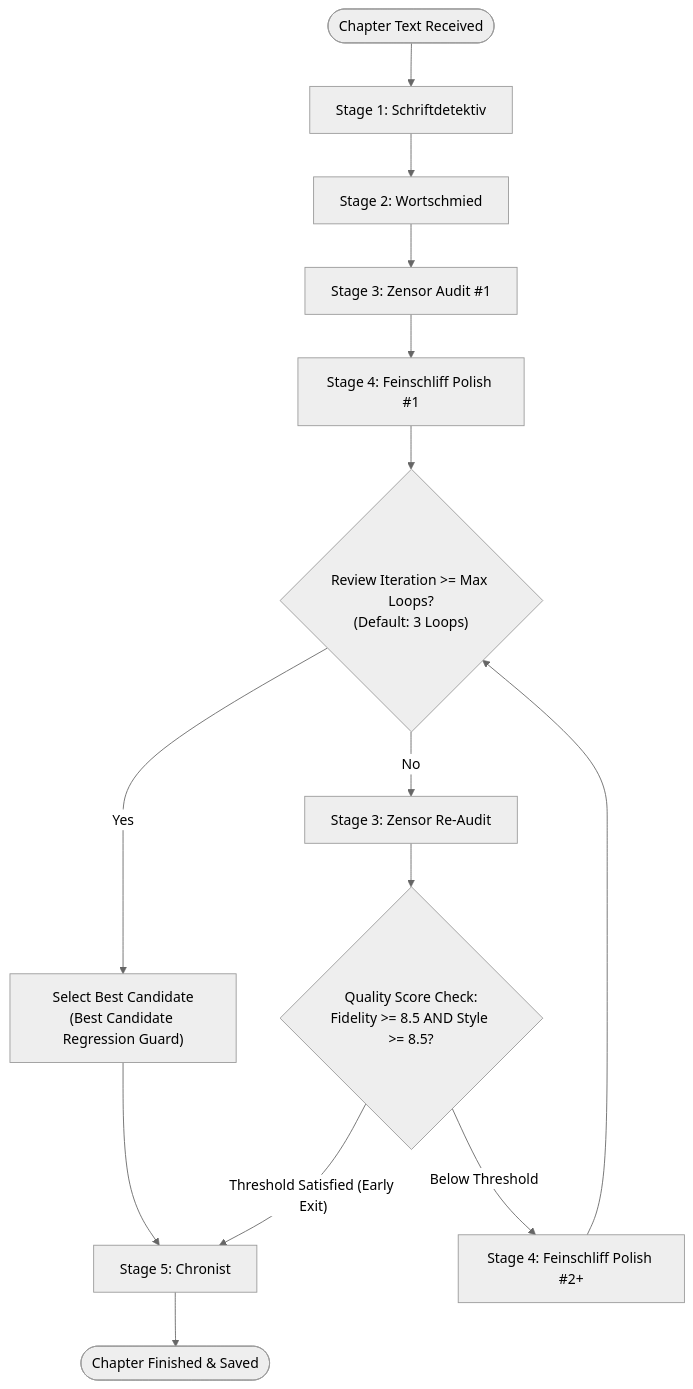
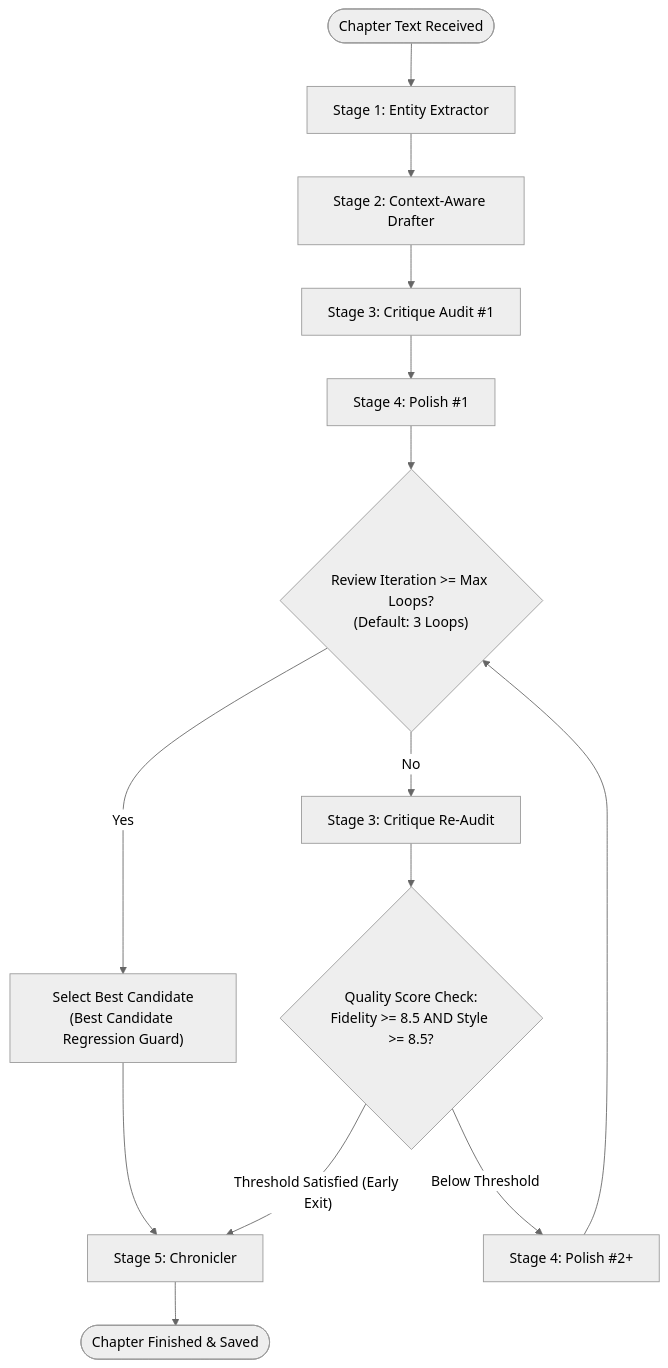
One commit to Checkmartyr/NouSetsu changed the third of 3 diagrams in doc/agents_deep_dive.md. Above: the diagram before and after it, drawn with Mermaid (neutral theme). The commit also changed other lines of this file and 29 other files, not shown here.

````diff
--- a/doc/agents_deep_dive.md
+++ b/doc/agents_deep_dive.md
@@ -340,20 +340,20 @@
 ```mermaid
 flowchart TD
-    Start([Chapter Text Received]) --> Extract[Stage 1: Schriftdetektiv]
-    Extract --> Draft[Stage 2: Wortschmied]
-    Draft --> Critique1[Stage 3: Zensor Audit #1]
-    Critique1 --> Polish1[Stage 4: Feinschliff Polish #1]
+    Start([Chapter Text Received]) --> Extract[Stage 1: Entity Extractor]
+    Extract --> Draft[Stage 2: Context-Aware Drafter]
+    Draft --> Critique1[Stage 3: Critique Audit #1]
+    Critique1 --> Polish1[Stage 4: Polish #1]
     
     Polish1 --> CheckCap{"Review Iteration >= Max Loops?<br/>(Default: 3 Loops)"}
     CheckCap -- Yes --> BestGuard["Select Best Candidate<br/>(Best Candidate Regression Guard)"]
     
-    CheckCap -- No --> CritiqueNext[Stage 3: Zensor Re-Audit]
+    CheckCap -- No --> CritiqueNext[Stage 3: Critique Re-Audit]
     CritiqueNext --> CheckScore{"Quality Score Check:<br/>Fidelity >= 8.5 AND Style >= 8.5?"}
     
-    CheckScore -- "Threshold Satisfied (Early Exit)" --> Chronicle[Stage 5: Chronist]
-    CheckScore -- "Below Threshold" --> PolishNext[Stage 4: Feinschliff Polish #2+]
+    CheckScore -- "Threshold Satisfied (Early Exit)" --> Chronicle[Stage 5: Chronicler]
+    CheckScore -- "Below Threshold" --> PolishNext[Stage 4: Polish #2+]
     PolishNext --> CheckCap
     
     BestGuard --> Chronicle
     Chronicle --> Done([Chapter Finished & Saved])
 ```
````
